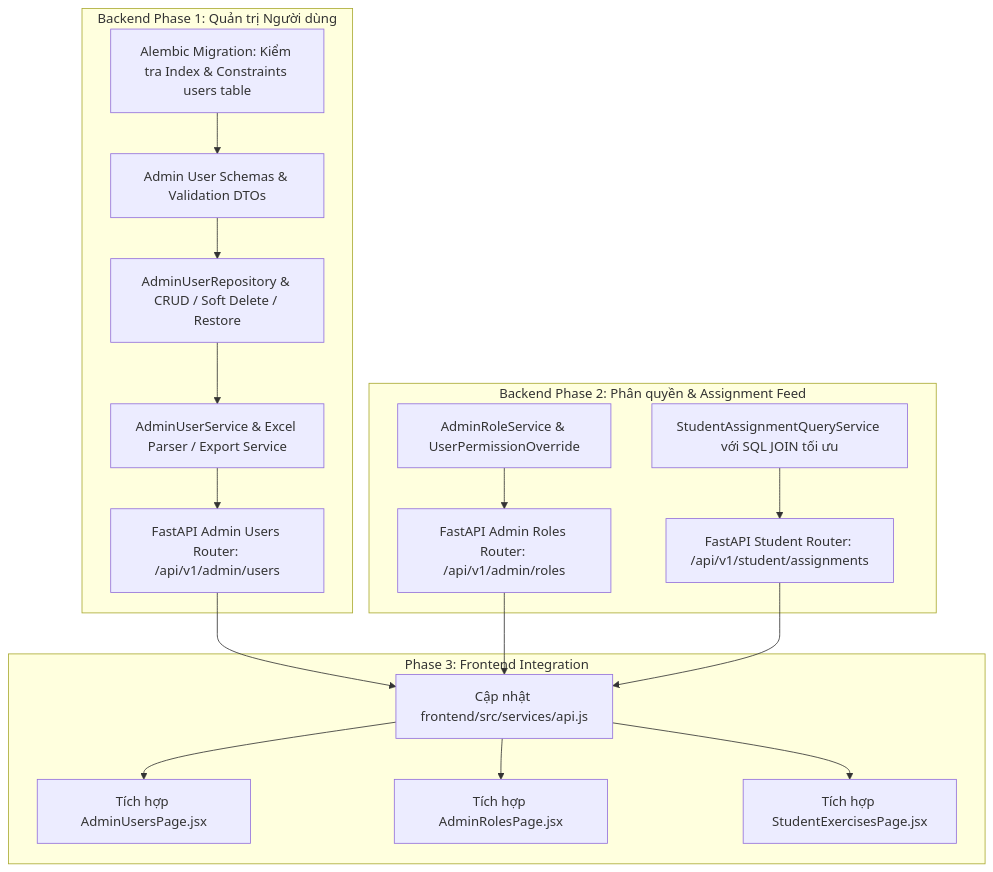
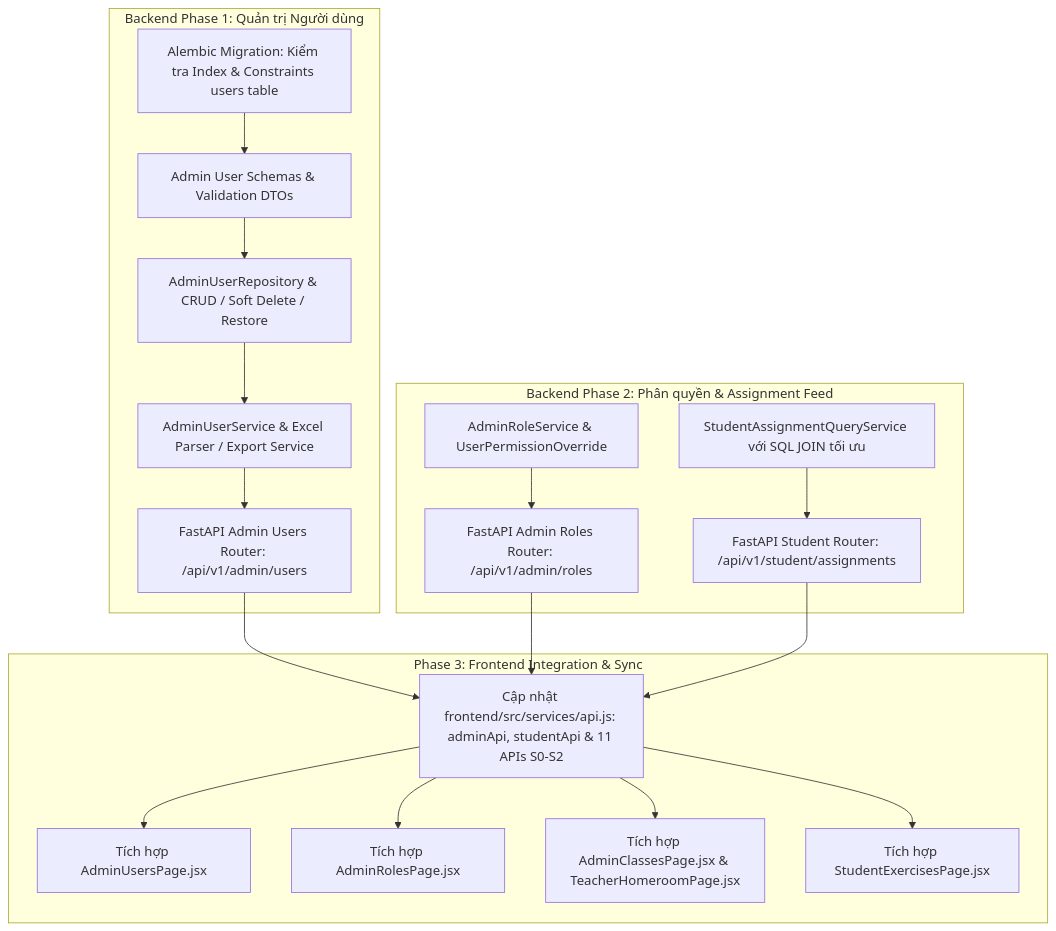
The diagram in docs/v_1/sprints/sprint_3_overview.md (NguyenVanQThanh/tk_teacher_assistance_system), drawn with Mermaid before and after one commit. The commit also changed other lines of this file and 11 other files, not shown here.

````diff
--- a/docs/v_1/sprints/sprint_3_overview.md
+++ b/docs/v_1/sprints/sprint_3_overview.md
@@ -95,24 +106,25 @@
 ```mermaid
 graph TD
     subgraph "Backend Phase 1: Quản trị Người dùng"
         A1[Alembic Migration: Kiểm tra Index & Constraints users table] --> A2[Admin User Schemas & Validation DTOs]
         A2 --> A3[AdminUserRepository & CRUD / Soft Delete / Restore]
         A3 --> A4[AdminUserService & Excel Parser / Export Service]
         A4 --> A5[FastAPI Admin Users Router: /api/v1/admin/users]
     end
 
     subgraph "Backend Phase 2: Phân quyền & Assignment Feed"
         B1[AdminRoleService & UserPermissionOverride] --> B2[FastAPI Admin Roles Router: /api/v1/admin/roles]
         C1[StudentAssignmentQueryService với SQL JOIN tối ưu] --> C2[FastAPI Student Router: /api/v1/student/assignments]
     end
 
-    subgraph "Phase 3: Frontend Integration"
-        D1[Cập nhật frontend/src/services/api.js]
+    subgraph "Phase 3: Frontend Integration & Sync"
+        D1[Cập nhật frontend/src/services/api.js: adminApi, studentApi & 11 APIs S0-S2]
         A5 --> D1
         B2 --> D1
         C2 --> D1
         D1 --> E1[Tích hợp AdminUsersPage.jsx]
         D1 --> E2[Tích hợp AdminRolesPage.jsx]
-        D1 --> E3[Tích hợp StudentExercisesPage.jsx]
+        D1 --> E3[Tích hợp AdminClassesPage.jsx & TeacherHomeroomPage.jsx]
+        D1 --> E4[Tích hợp StudentExercisesPage.jsx]
     end
 ```
````
